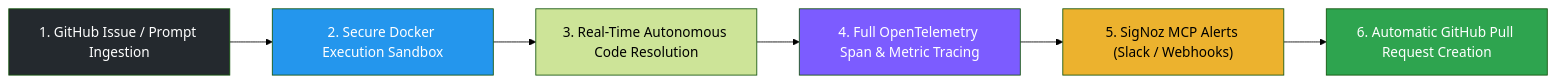
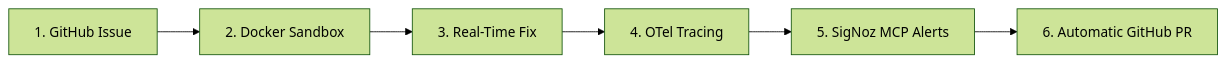
Before and after one commit to hussainjamal760/axray-signoz: the first of 4 diagrams in README.md, drawn with Mermaid (forest theme). The commit also changed other lines of this file, not shown here.

````diff
--- a/README.md
+++ b/README.md
@@ -53,14 +38,8 @@
 ```mermaid
 flowchart LR
-    GH_ISSUE["1. GitHub Issue / Prompt Ingestion"] --> DOCKER_CONTAINER["2. Secure Docker Execution Sandbox"]
-    DOCKER_CONTAINER --> REALTIME_FIX["3. Real-Time Autonomous Code Resolution"]
-    REALTIME_FIX --> OTEL_TRACING["4. Full OpenTelemetry Span & Metric Tracing"]
-    OTEL_TRACING --> SIGNOZ_SLACK["5. SigNoz MCP Alerts (Slack / Webhooks)"]
-    SIGNOZ_SLACK --> AUTO_PR["6. Automatic GitHub Pull Request Creation"]
-
-    style GH_ISSUE fill:#24292e,color:#fff
-    style DOCKER_CONTAINER fill:#2496ED,color:#fff
-    style OTEL_TRACING fill:#7c5cff,color:#fff
-    style SIGNOZ_SLACK fill:#ECB22E,color:#000
-    style AUTO_PR fill:#2ea44f,color:#fff
+    A["1. GitHub Issue"] --> B["2. Docker Sandbox"]
+    B --> C["3. Real-Time Fix"]
+    C --> D["4. OTel Tracing"]
+    D --> E["5. SigNoz MCP Alerts"]
+    E --> F["6. Automatic GitHub PR"]
 ```
````
